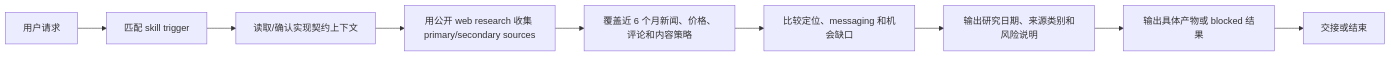
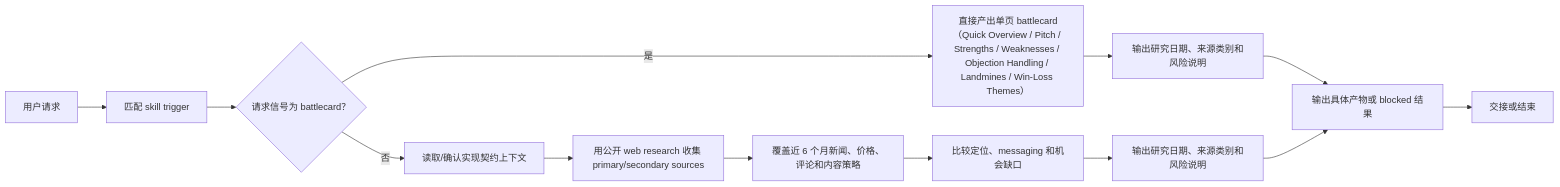
The diagram in docs/pm/agents/pm-agent/skills/competitive-brief/PRD.md (Neplich/dev-agent-skills), drawn with Mermaid before and after one commit. The commit also changed other lines of this file and 14 other files, not shown here.

````diff
--- a/docs/pm/agents/pm-agent/skills/competitive-brief/PRD.md
+++ b/docs/pm/agents/pm-agent/skills/competitive-brief/PRD.md
@@ -105,11 +106,15 @@
 ```mermaid
 flowchart LR
     Request["用户请求"] --> Match["匹配 skill trigger"]
-    Match --> Context["读取/确认实现契约上下文"]
+    Match --> Route{"请求信号为 battlecard？"}
+    Route -- 是 --> BC["直接产出单页 battlecard（Quick Overview / Pitch / Strengths / Weaknesses / Objection Handling / Landmines / Win-Loss Themes）"]
+    BC --> BCDate["输出研究日期、来源类别和风险说明"]
+    BCDate --> Artifact["输出单页 battlecard 产物"]
+    Route -- 否 --> Context["读取/确认实现契约上下文"]
     Context --> Step1["用公开 web research 收集 primary/secondary sources"]
     Step1 --> Step2["覆盖近 6 个月新闻、价格、评论和内容策略"]
     Step2 --> Step3["比较定位、messaging 和机会缺口"]
     Step3 --> Step4["输出研究日期、来源类别和风险说明"]
     Step4 --> Artifact["输出具体产物或 blocked 结果"]
     Artifact --> Handoff["交接或结束"]
 ```
````
